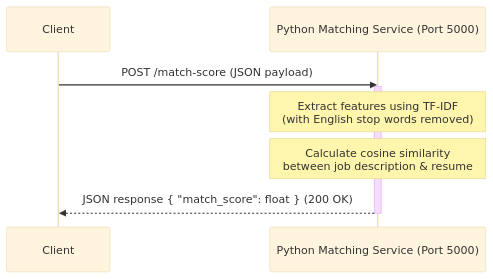
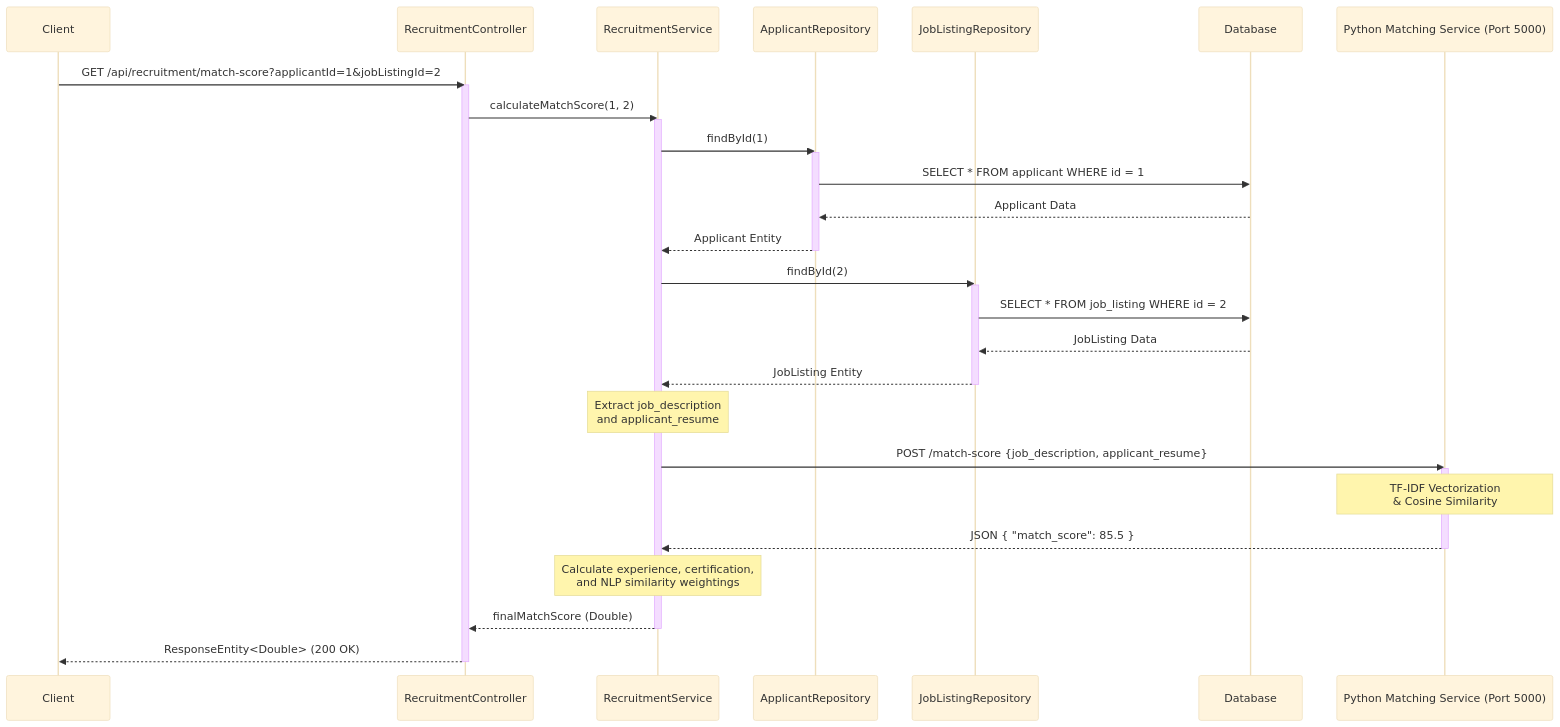
Before and after one commit to hudezz/smart-recruiting: the second of 2 diagrams in README.md, drawn with Mermaid (base theme). The commit also changed other lines of this file, not shown here.

Commit message:
docs: integrate Spring Boot and Python microservice in README workflow sequence diagram

````diff
--- a/README.md
+++ b/README.md
@@ -79,12 +81,43 @@
 ```mermaid
 sequenceDiagram
     participant Client
+    participant Controller as RecruitmentController
+    participant Service as RecruitmentService
+    participant AppRepo as ApplicantRepository
+    participant JobRepo as JobListingRepository
+    participant DB as Database
     participant PyService as Python Matching Service (Port 5000)
 
-    Client->>PyService: POST /match-score (JSON payload)
+    Client->>Controller: GET /api/recruitment/match-score?applicantId=1&jobListingId=2
+    activate Controller
+    Controller->>Service: calculateMatchScore(1, 2)
+    activate Service
+
+    Service->>AppRepo: findById(1)
+    activate AppRepo
+    AppRepo->>DB: SELECT * FROM applicant WHERE id = 1
+    DB-->>AppRepo: Applicant Data
+    AppRepo-->>Service: Applicant Entity
+    deactivate AppRepo
+
+    Service->>JobRepo: findById(2)
+    activate JobRepo
+    JobRepo->>DB: SELECT * FROM job_listing WHERE id = 2
+    DB-->>JobRepo: JobListing Data
+    JobRepo-->>Service: JobListing Entity
+    deactivate JobRepo
+
+    Note over Service: Extract job_description<br/>and applicant_resume
+    
+    Service->>PyService: POST /match-score {job_description, applicant_resume}
     activate PyService
-    Note over PyService: Extract features using TF-IDF<br/>(with English stop words removed)
-    Note over PyService: Calculate cosine similarity<br/>between job description & resume
-    PyService-->>Client: JSON response { "match_score": float } (200 OK)
+    Note over PyService: TF-IDF Vectorization<br/>& Cosine Similarity
+    PyService-->>Service: JSON { "match_score": 85.5 }
     deactivate PyService
+
+    Note over Service: Calculate experience, certification,<br/>and NLP similarity weightings
+    Service-->>Controller: finalMatchScore (Double)
+    deactivate Service
+    Controller-->>Client: ResponseEntity<Double> (200 OK)
+    deactivate Controller
 ```
````
